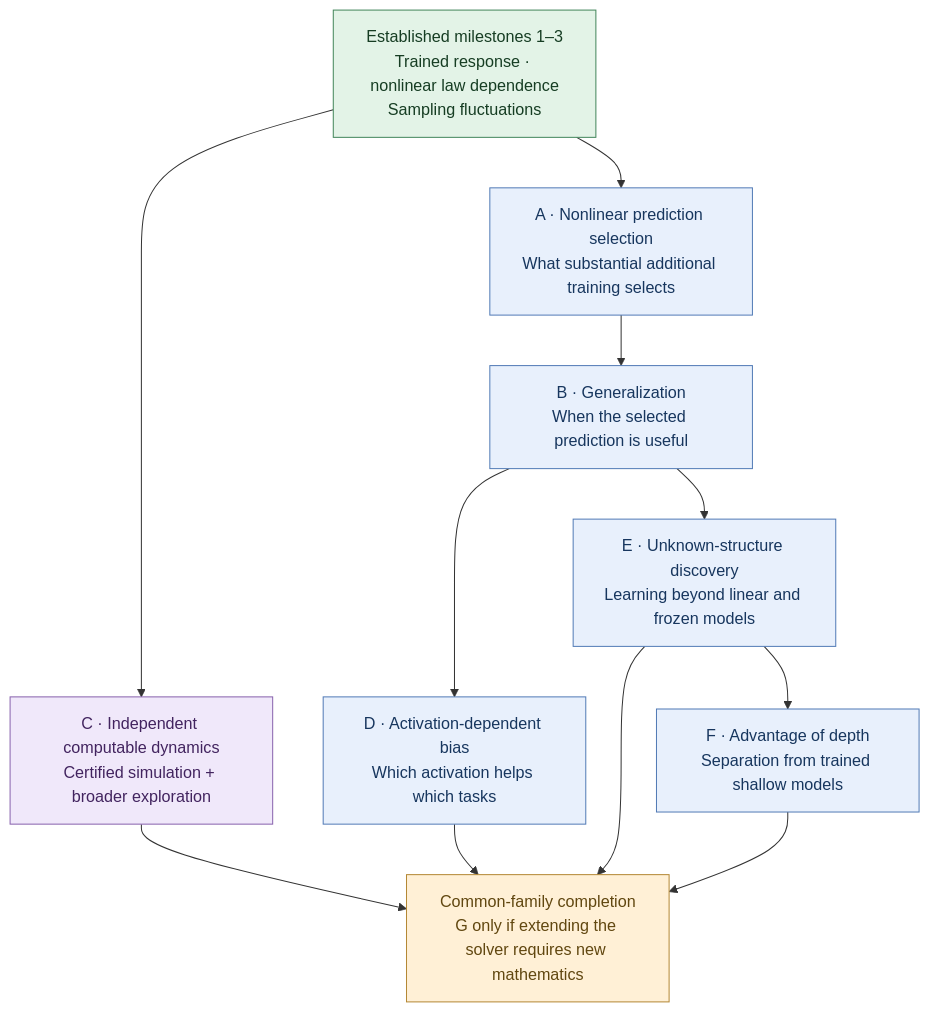
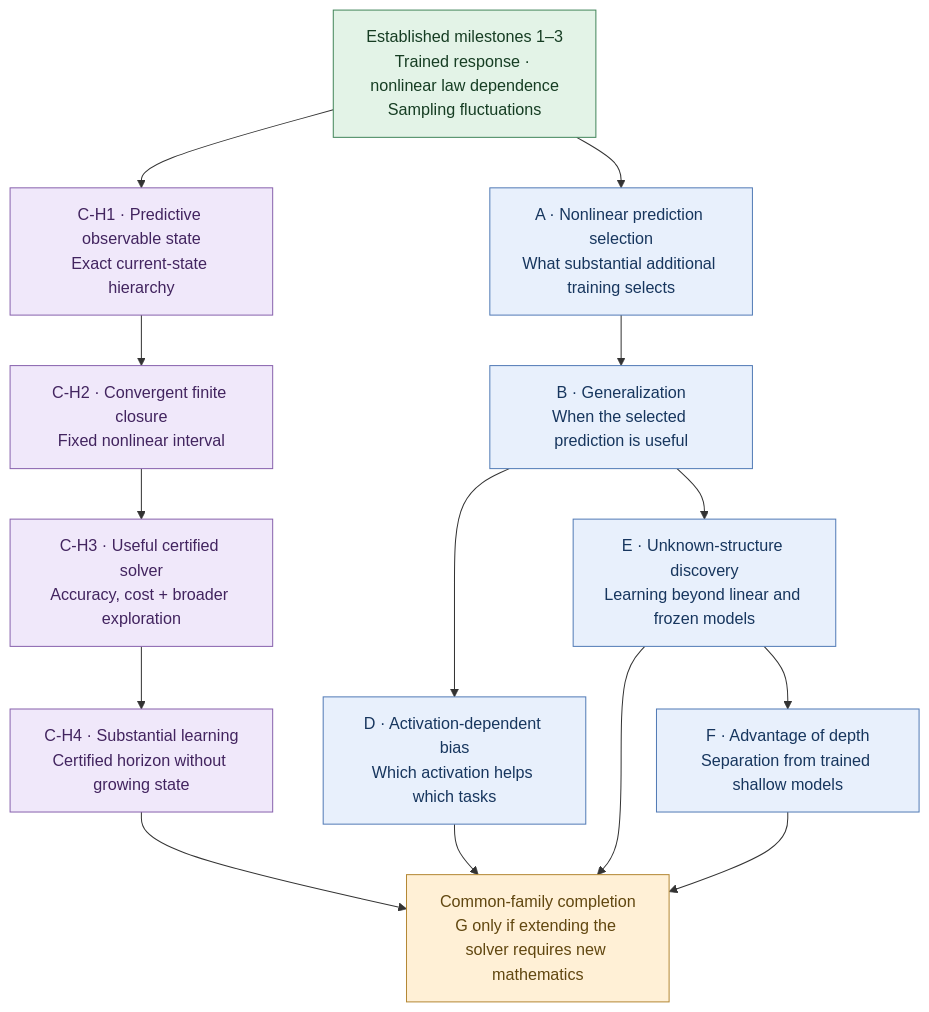
One commit to ajoudaki/PDE changed the diagram in docs/README.md. Above: the diagram before and after it, drawn with Mermaid. The commit also changed other lines of this file, not shown here.

Commit message:
Replace milestone C with the current-observable hierarchy roadmap

````diff
--- a/docs/README.md
+++ b/docs/README.md
@@ -212,25 +212,31 @@
 ```mermaid
 flowchart TD
     M["Established milestones 1–3<br/>Trained response · nonlinear law dependence<br/>Sampling fluctuations"]:::done
     A["A · Nonlinear prediction selection<br/>What substantial additional training selects"]:::theory
     B["B · Generalization<br/>When the selected prediction is useful"]:::theory
     D["D · Activation-dependent bias<br/>Which activation helps which tasks"]:::theory
     E["E · Unknown-structure discovery<br/>Learning beyond linear and frozen models"]:::theory
     F["F · Advantage of depth<br/>Separation from trained shallow models"]:::theory
-    C["C · Independent computable dynamics<br/>Certified simulation + broader exploration"]:::compute
+    CH1["C-H1 · Predictive observable state<br/>Exact current-state hierarchy"]:::compute
+    CH2["C-H2 · Convergent finite closure<br/>Fixed nonlinear interval"]:::compute
+    CH3["C-H3 · Useful certified solver<br/>Accuracy, cost + broader exploration"]:::compute
+    CH4["C-H4 · Substantial learning<br/>Certified horizon without growing state"]:::compute
     J["Common-family completion<br/>G only if extending the solver requires new mathematics"]:::join
     M --> A
-    M --> C
+    M --> CH1
+    CH1 --> CH2
+    CH2 --> CH3
+    CH3 --> CH4
     A --> B
     B --> D
     B --> E
     E --> F
-    C --> J
+    CH4 --> J
     D --> J
     E --> J
     F --> J
     classDef done fill:#e3f3e7,stroke:#43865b,color:#163d23
     classDef theory fill:#e8f0fc,stroke:#527bb6,color:#17365e
     classDef compute fill:#f0e8fa,stroke:#8862ad,color:#42245f
     classDef join fill:#fff0d6,stroke:#b48835,color:#614710
 ```
````
